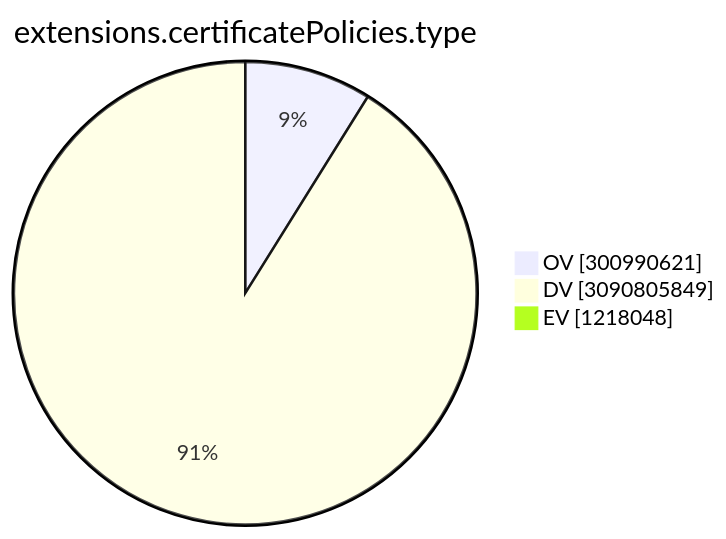
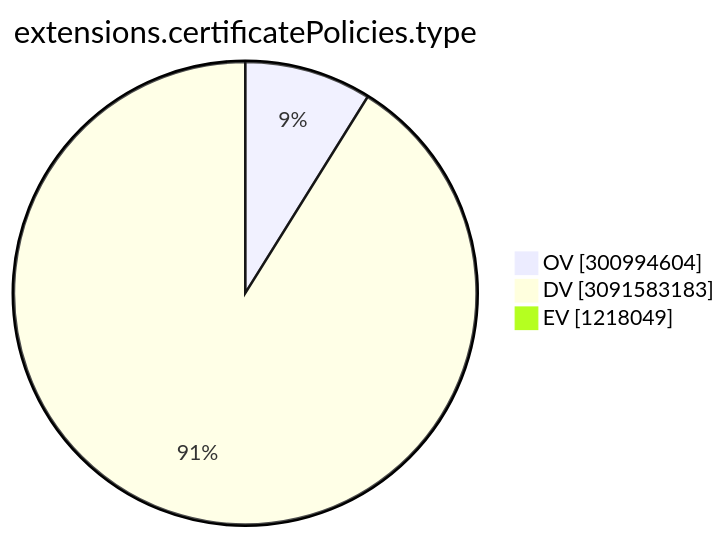
Before and after one commit to christiankrug/ctmonitor_visualization: the ninth of 15 diagrams in TOTAL/README.md, drawn with Mermaid. The commit also changed other lines of this file, not shown here.

````diff
--- a/TOTAL/README.md
+++ b/TOTAL/README.md
@@ -3103,7 +3103,7 @@
 ```mermaid
 pie showData
 title extensions.certificatePolicies.type
-"OV" :300990621
-"DV" :3090805849
-"EV" :1218048
+"OV" :300994604
+"DV" :3091583183
+"EV" :1218049
 ```
````
